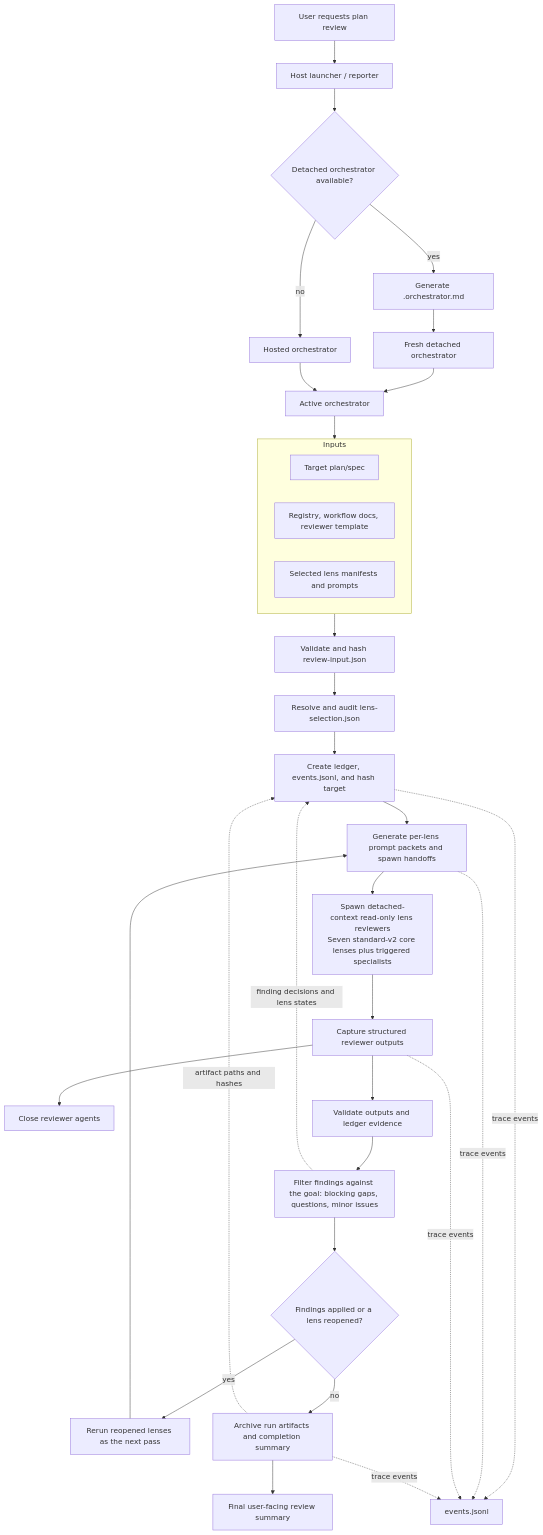
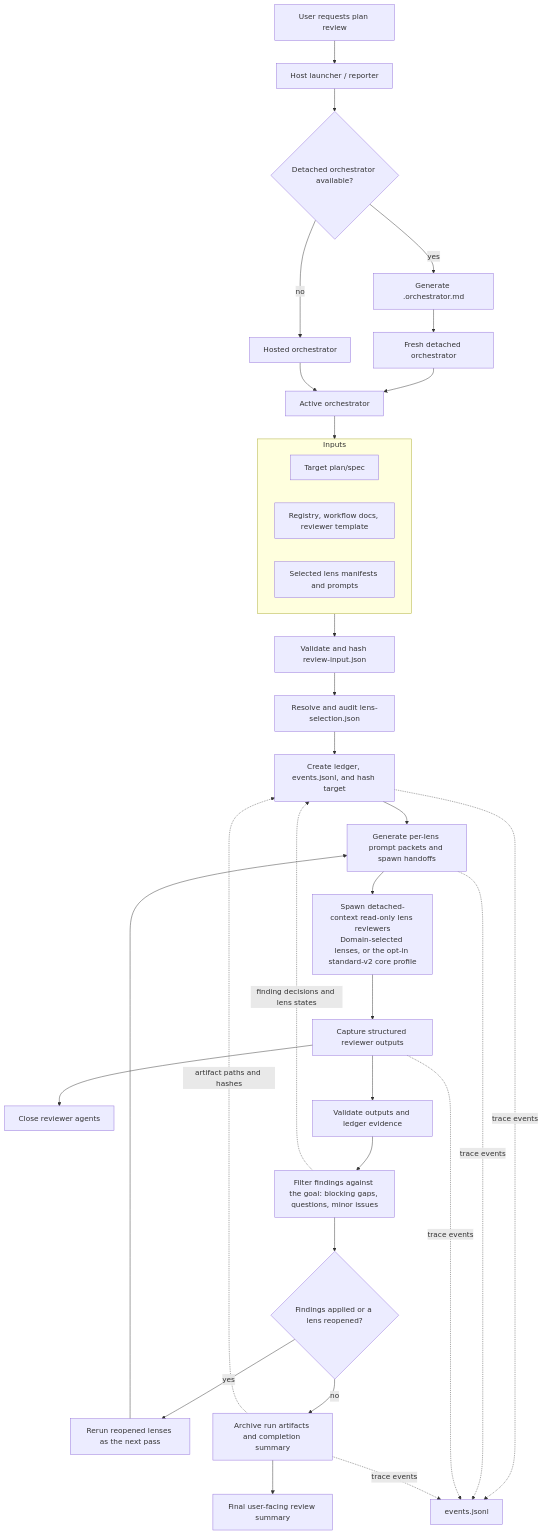
One commit to 540lyle/lens-temper changed the diagram in docs/agent-flow.md. Above: the diagram before and after it, drawn with Mermaid. The commit also changed other lines of this file and 127 other files, not shown here.

````diff
--- a/docs/agent-flow.md
+++ b/docs/agent-flow.md
@@ -10,44 +10,44 @@
 ```mermaid
 flowchart TD
   User["User requests plan review"] --> Launcher["Host launcher / reporter"]
   Launcher --> Mode{"Detached orchestrator available?"}
   Mode -- yes --> Packet["Generate <pass-id>.orchestrator.md"]
   Packet --> Detached["Fresh detached orchestrator"]
   Mode -- no --> Hosted["Hosted orchestrator"]
   Detached --> Orchestrator["Active orchestrator"]
   Hosted --> Orchestrator
 
   subgraph Inputs["Inputs"]
     Target["Target plan/spec"]
     Registry["Registry, workflow docs, reviewer template"]
     Lenses["Selected lens manifests and prompts"]
   end
 
   Orchestrator --> Inputs
   Inputs --> Contract["Validate and hash review-input.json"]
   Contract --> Select["Resolve and audit lens-selection.json"]
   Select --> Prep["Create ledger, events.jsonl, and hash target"]
   Prep --> Generate["Generate per-lens prompt packets and spawn handoffs"]
 
-  Generate --> Wave["Spawn detached-context read-only lens reviewers<br/>Seven standard-v2 core lenses plus triggered specialists"]
+  Generate --> Wave["Spawn detached-context read-only lens reviewers<br/>Domain-selected lenses, or the opt-in standard-v2 core profile"]
 
   Wave --> Outputs["Capture structured reviewer outputs"]
   Outputs --> Close["Close reviewer agents"]
   Outputs --> Validate["Validate outputs and ledger evidence"]
 
   Validate --> Synthesis["Filter findings against the goal: blocking gaps, questions, minor issues"]
   Synthesis --> Rerun{"Findings applied or a lens reopened?"}
 
   Rerun -- yes --> Affected["Rerun reopened lenses as the next pass"]
   Affected --> Generate
 
   Rerun -- no --> Archive["Archive run artifacts and completion summary"]
   Archive --> Final["Final user-facing review summary"]
 
   Synthesis -. "finding decisions and lens states" .-> Prep
   Archive -. "artifact paths and hashes" .-> Prep
   Prep -. "trace events" .-> Trace["events.jsonl"]
   Generate -. "trace events" .-> Trace
   Outputs -. "trace events" .-> Trace
   Archive -. "trace events" .-> Trace
 ```
````
